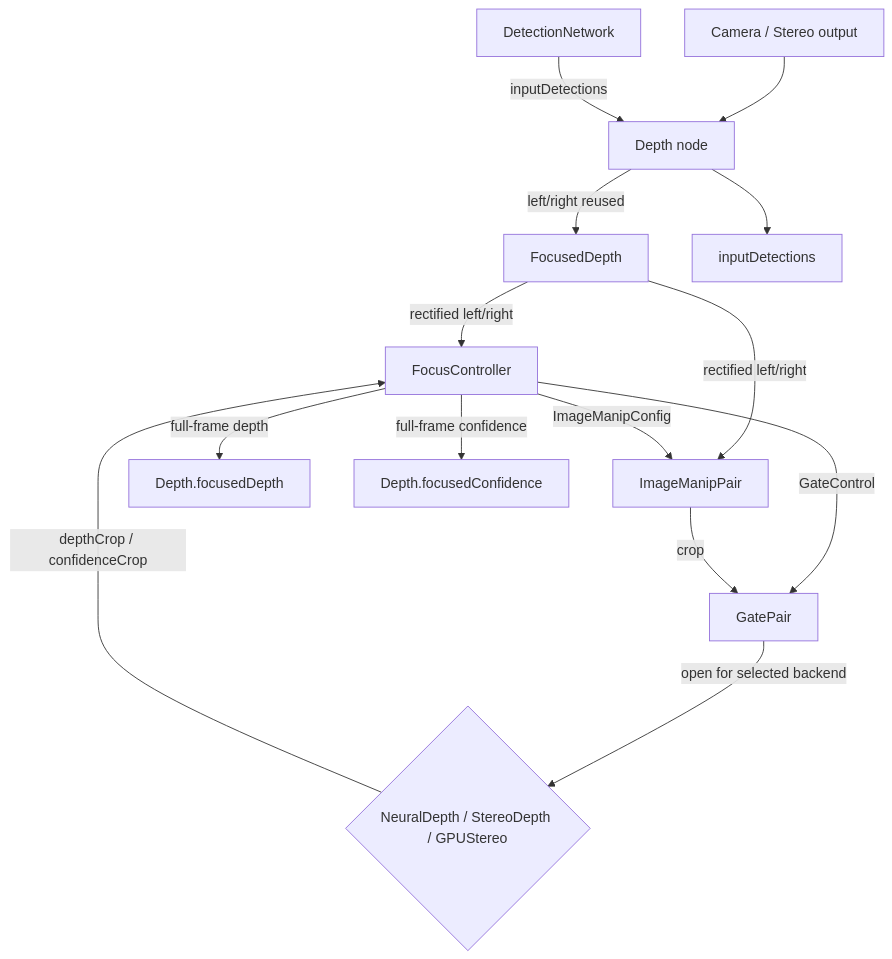
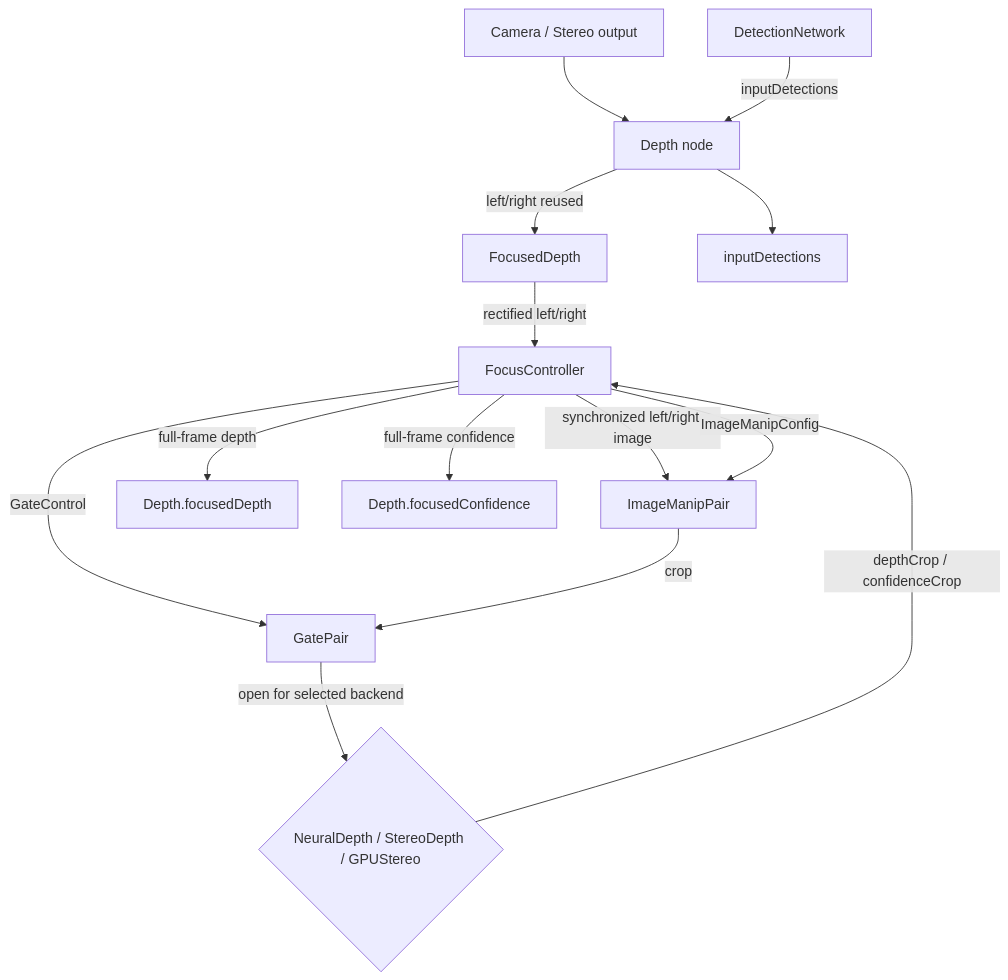
Before and after one commit to luxonis/depthai-core: the diagram in docs/specs/focused-depth-node.md, drawn with Mermaid. The commit also changed other lines of this file, not shown here.

Commit message:
docs: update focused-depth spec graph to reflect synced crop image feed

````diff
--- a/docs/specs/focused-depth-node.md
+++ b/docs/specs/focused-depth-node.md
@@ -143,16 +143,16 @@
 ```mermaid
 flowchart TD
     Camera[Camera / Stereo output] --> Depth[Depth node]
     Depth -->|left/right reused| FocusedDepth[FocusedDepth]
     DetectionNetwork -->|inputDetections| Depth
     Depth --> inputDetections
     FocusedDepth -->|rectified left/right| FocusController
-    FocusedDepth -->|rectified left/right| ImageManipPair
+    FocusController -->|synchronized left/right image| ImageManipPair
     FocusController -->|ImageManipConfig| ImageManipPair
     FocusController -->|GateControl| GatePair
     ImageManipPair -->|crop| GatePair
     GatePair -->|open for selected backend| Backend{NeuralDepth / StereoDepth / GPUStereo}
     Backend -->|depthCrop / confidenceCrop| FocusController
     FocusController -->|full-frame depth| Depth.focusedDepth
     FocusController -->|full-frame confidence| Depth.focusedConfidence
 ```
````
